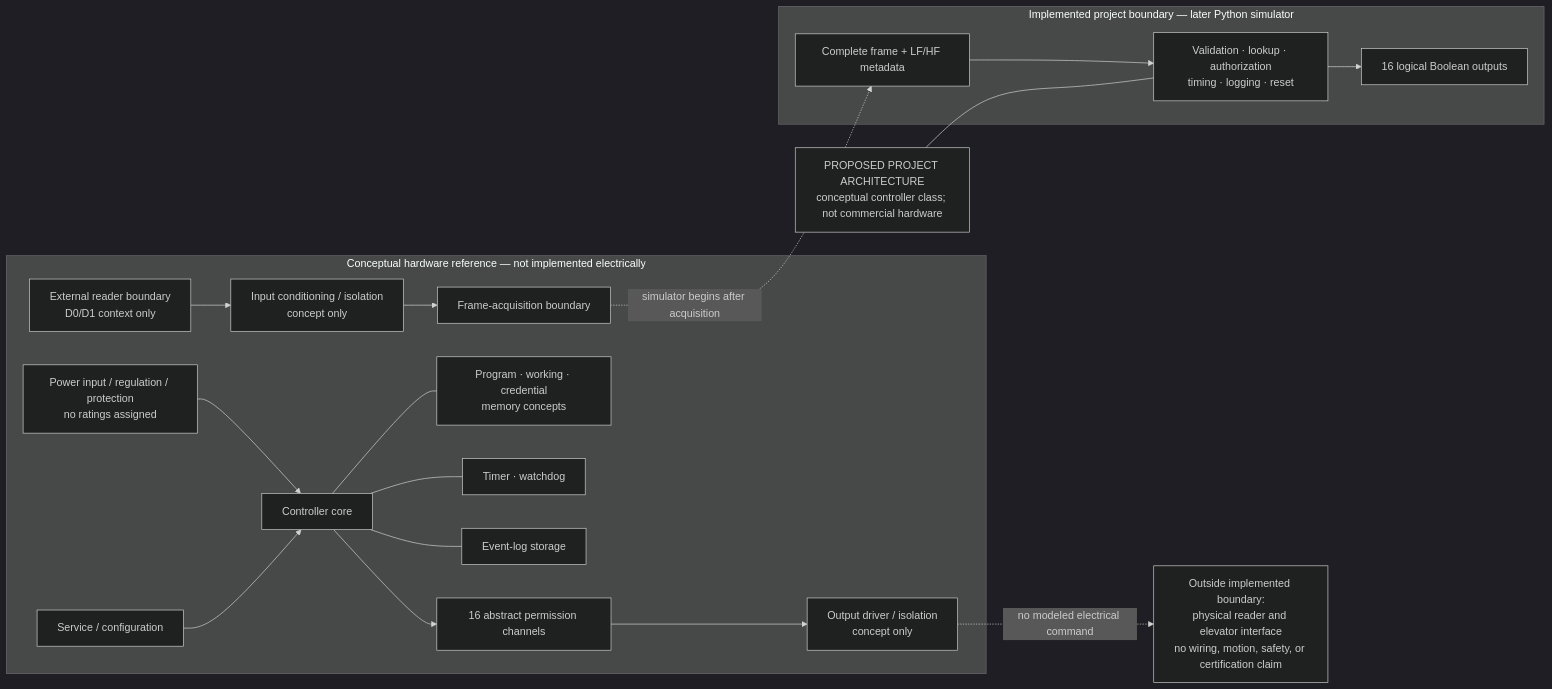
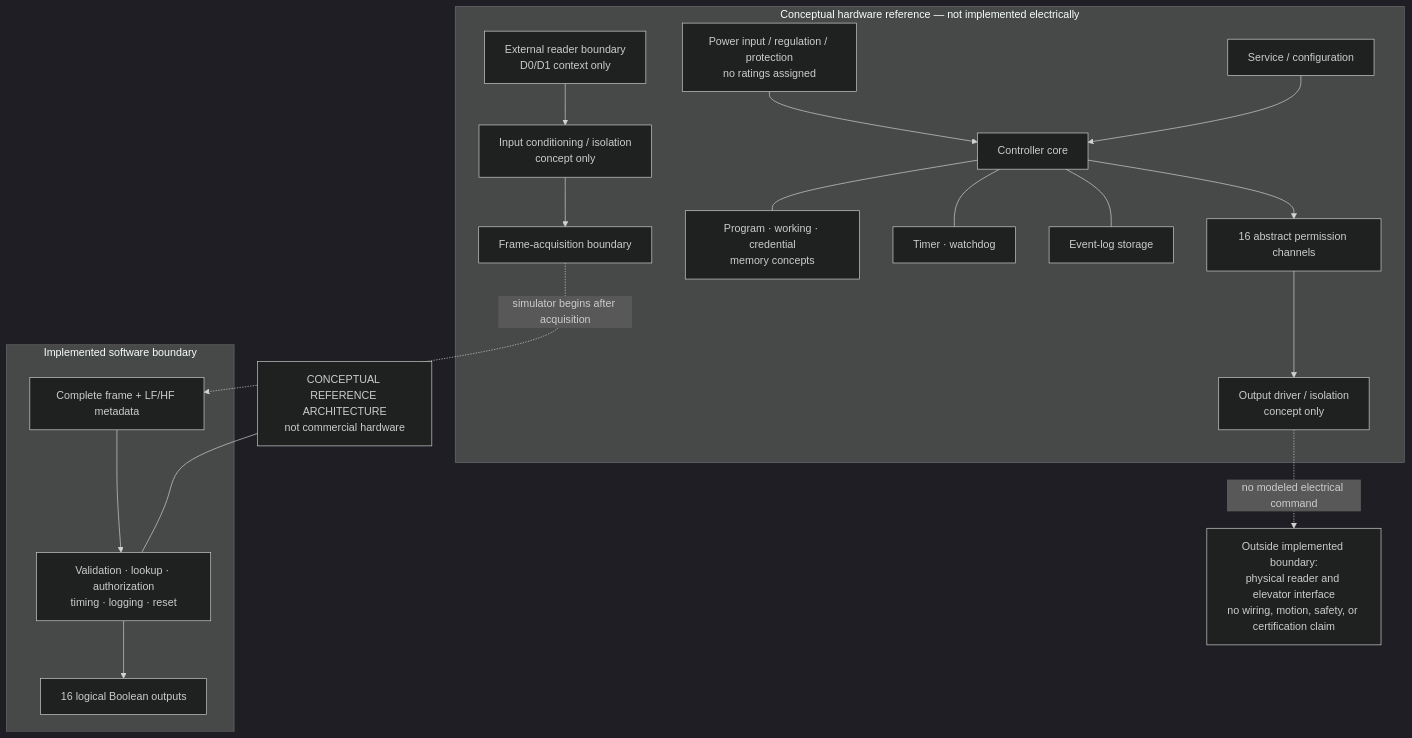
Before and after one commit to BarShtainv/EEEProjectElevator: the diagram in docs/figures/top_level_architecture.mmd, drawn with Mermaid (dark theme). The commit also changed other lines of this file and 33 other files, not shown here.

```diff
--- a/docs/figures/top_level_architecture.mmd
+++ b/docs/figures/top_level_architecture.mmd
@@ -1,34 +1,34 @@
-flowchart LR
-    NOTE["PROPOSED PROJECT ARCHITECTURE<br/>conceptual controller class; not commercial hardware"]
+flowchart TB
+    NOTE["CONCEPTUAL REFERENCE ARCHITECTURE<br/>not commercial hardware"]
 
     subgraph CONCEPT["Conceptual hardware reference — not implemented electrically"]
         PWR["Power input / regulation / protection<br/>no ratings assigned"]
         RDR["External reader boundary<br/>D0/D1 context only"]
         ISO["Input conditioning / isolation<br/>concept only"]
         ACQ["Frame-acquisition boundary"]
         CORE["Controller core"]
         MEM["Program · working · credential<br/>memory concepts"]
         TMW["Timer · watchdog"]
         ELOG["Event-log storage"]
         SVC["Service / configuration"]
         CH["16 abstract permission channels"]
         DRV["Output driver / isolation<br/>concept only"]
     end
 
-    subgraph SIM["Implemented project boundary — later Python simulator"]
+    subgraph SIM["Implemented software boundary"]
         FRAME["Complete frame + LF/HF metadata"]
         MODEL["Validation · lookup · authorization<br/>timing · logging · reset"]
         ABSTRACT["16 logical Boolean outputs"]
     end
 
     OUTSIDE["Outside implemented boundary:<br/>physical reader and elevator interface<br/>no wiring, motion, safety, or certification claim"]
 
     PWR --> CORE
     RDR --> ISO --> ACQ -. "simulator begins after acquisition" .-> FRAME
     FRAME --> MODEL --> ABSTRACT
     CORE --- MEM
     CORE --- TMW
     CORE --- ELOG
     SVC --> CORE
     CORE --> CH --> DRV -. "no modeled electrical command" .-> OUTSIDE
     NOTE --- MODEL
```
